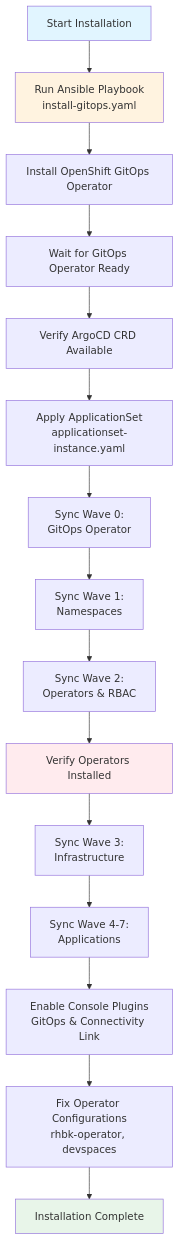
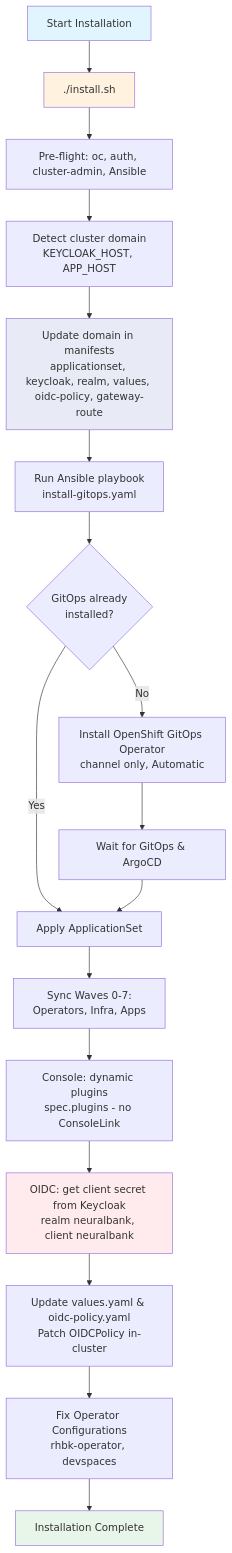
Before and after one commit to maximilianoPizarro/connectivity-link: the third of 3 diagrams in README.md, drawn with Mermaid. The commit also changed other lines of this file and 17 other files, not shown here.

````diff
--- a/README.md
+++ b/README.md
@@ -901,27 +916,28 @@
 ```mermaid
 graph TD
-    Start[Start Installation] --> Ansible[Run Ansible Playbook<br/>install-gitops.yaml]
+    Start[Start Installation] --> InstallScript[./install.sh]
     
-    Ansible --> InstallGitOps[Install OpenShift GitOps Operator]
-    InstallGitOps --> WaitGitOps[Wait for GitOps Operator Ready]
-    WaitGitOps --> VerifyCRD[Verify ArgoCD CRD Available]
+    InstallScript --> Preflight[Pre-flight: oc, auth, cluster-admin, Ansible]
+    Preflight --> DetectDomain[Detect cluster domain<br/>KEYCLOAK_HOST, APP_HOST]
+    DetectDomain --> UpdateDomains[Update domain in manifests<br/>applicationset, keycloak, realm, values, oidc-policy, gateway-route]
+    UpdateDomains --> RunPlaybook[Run Ansible playbook<br/>install-gitops.yaml]
     
-    VerifyCRD --> ApplyAppSet[Apply ApplicationSet<br/>applicationset-instance.yaml]
+    RunPlaybook --> CheckGitOps{GitOps already<br/>installed?}
+    CheckGitOps -->|Yes| ApplyAppSet[Apply ApplicationSet]
+    CheckGitOps -->|No| InstallGitOps[Install OpenShift GitOps Operator<br/>channel only, Automatic]
+    InstallGitOps --> WaitGitOps[Wait for GitOps & ArgoCD]
+    WaitGitOps --> ApplyAppSet
     
-    ApplyAppSet --> SyncWave0[Sync Wave 0:<br/>GitOps Operator]
-    SyncWave0 --> SyncWave1[Sync Wave 1:<br/>Namespaces]
-    SyncWave1 --> SyncWave2[Sync Wave 2:<br/>Operators & RBAC]
-    
-    SyncWave2 --> VerifyOps[Verify Operators Installed]
-    VerifyOps --> SyncWave3[Sync Wave 3:<br/>Infrastructure]
-    SyncWave3 --> SyncWave4[Sync Wave 4-7:<br/>Applications]
-    
-    SyncWave4 --> EnablePlugins[Enable Console Plugins<br/>GitOps & Connectivity Link]
-    EnablePlugins --> FixConfig[Fix Operator Configurations<br/>rhbk-operator, devspaces]
+    ApplyAppSet --> SyncWaves[Sync Waves 0-7:<br/>Operators, Infra, Apps]
+    SyncWaves --> ConsolePlugins[Console: dynamic plugins<br/>spec.plugins - no ConsoleLink]
+    ConsolePlugins --> OIDCFromKC[OIDC: get client secret from Keycloak<br/>realm neuralbank, client neuralbank]
+    OIDCFromKC --> UpdateValues[Update values.yaml & oidc-policy.yaml<br/>Patch OIDCPolicy in-cluster]
+    UpdateValues --> FixConfig[Fix Operator Configurations<br/>rhbk-operator, devspaces]
     FixConfig --> Complete[Installation Complete]
     
     style Start fill:#e1f5ff
-    style Ansible fill:#fff3e0
-    style VerifyOps fill:#ffebee
+    style InstallScript fill:#fff3e0
+    style UpdateDomains fill:#e8eaf6
+    style OIDCFromKC fill:#ffebee
     style Complete fill:#e8f5e9
 ```
````
